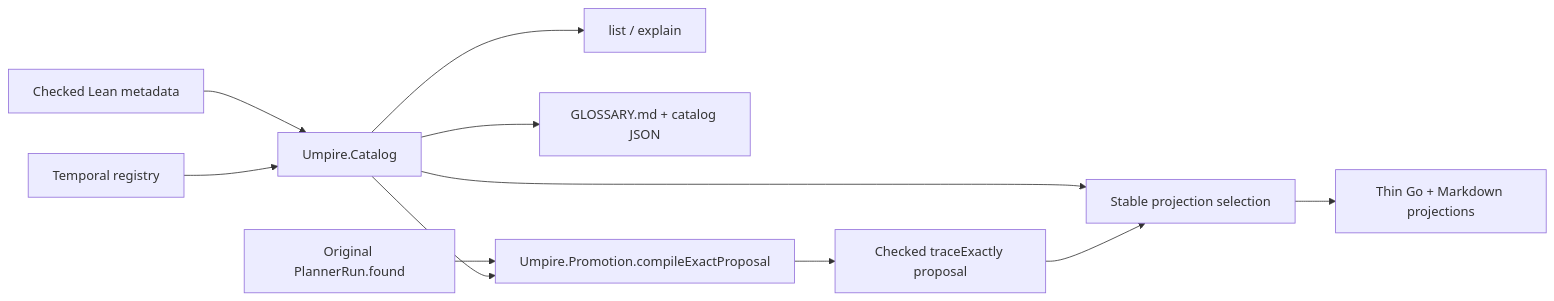
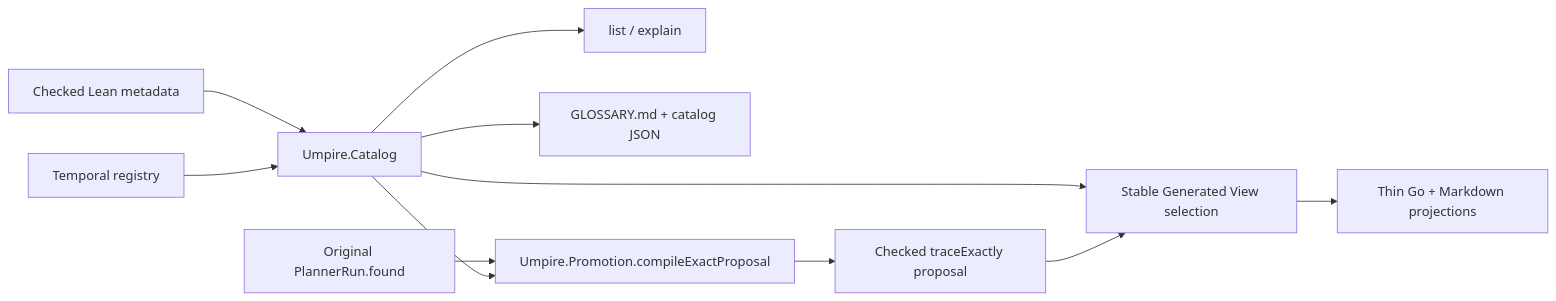
The diagram in .flow/specs/fn-5-umpire-discovery-promotion-and-artifact.md (stephanos/temporal), drawn with Mermaid before and after one commit. The commit also changed other lines of this file and 277 other files, not shown here.

````diff
--- a/.flow/specs/fn-5-umpire-discovery-promotion-and-artifact.md
+++ b/.flow/specs/fn-5-umpire-discovery-promotion-and-artifact.md
@@ -25,13 +25,13 @@
 ```mermaid
 flowchart LR
   M[Checked Lean metadata] --> C[Umpire.Catalog]
   T[Temporal registry] --> C
   C --> Q[list / explain]
   C --> G[GLOSSARY.md + catalog JSON]
   W[Original PlannerRun.found] --> P[Umpire.Promotion.compileExactProposal]
   C --> P
   P --> X[Checked traceExactly proposal]
-  C --> R[Stable projection selection]
+  C --> R[Stable Generated View selection]
   X --> R
   R --> O[Thin Go + Markdown projections]
 ```
````
